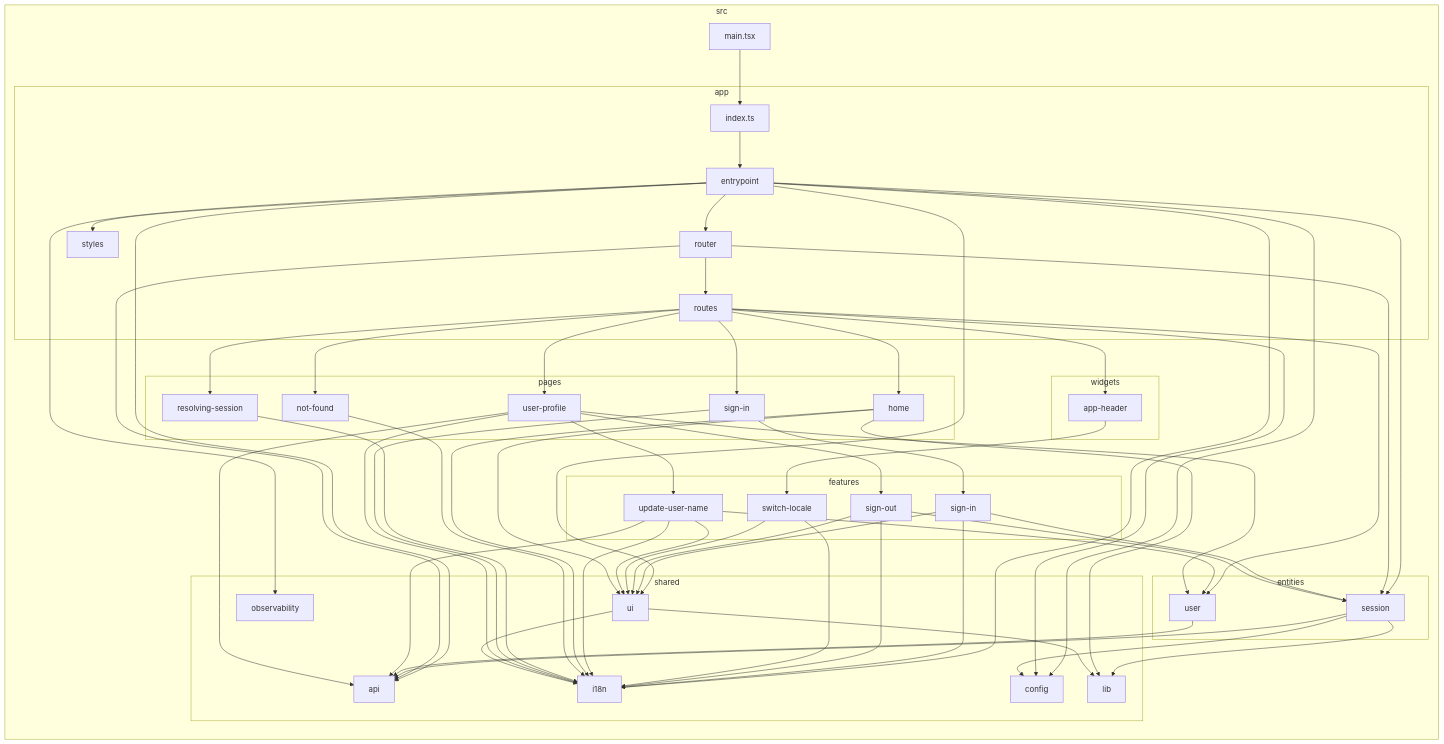
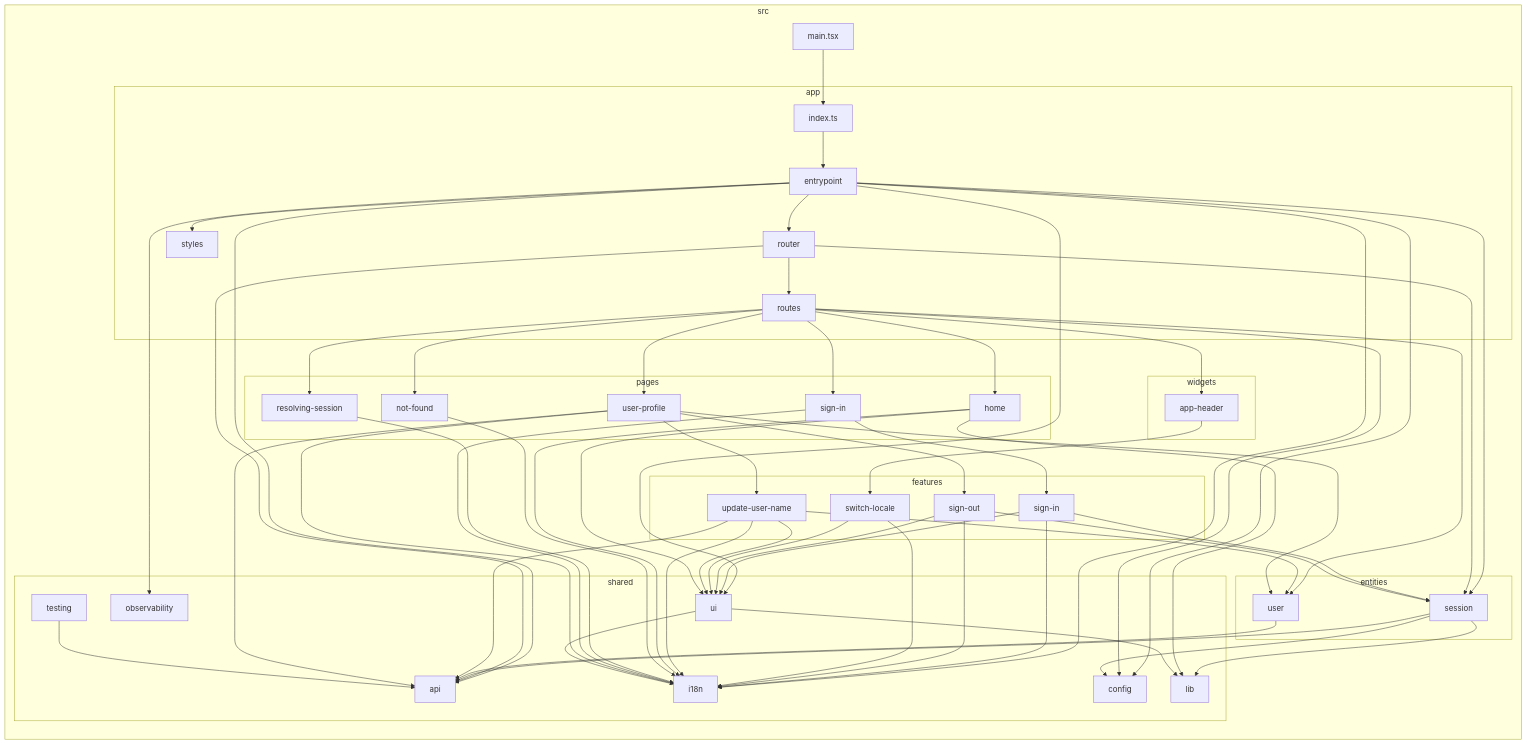
The diagram in docs/architecture-graph.md (khusenov/frontend-boilerplate), drawn with Mermaid before and after one commit. The commit also changed 27 other files, not shown here.

````diff
--- a/docs/architecture-graph.md
+++ b/docs/architecture-graph.md
@@ -33,13 +33,14 @@
 P["i18n"]
 Q["lib"]
 R["observability"]
-S["ui"]
+S["testing"]
+T["ui"]
 end
-subgraph T["widgets"]
-U["app-header"]
+subgraph U["widgets"]
+V["app-header"]
 end
 end
-2-->S
+2-->T
 2-->R
 2-->8
 2-->N
@@ -53,7 +54,7 @@
 4-->5
 5-->I
 5-->O
-5-->U
+5-->V
 5-->J
 5-->9
 5-->L
@@ -65,20 +66,20 @@
 9-->N
 B-->P
 B-->8
-B-->S
+B-->T
 C-->8
 C-->P
-C-->S
+C-->T
 D-->P
-D-->S
+D-->T
 E-->9
 E-->N
 E-->P
-E-->S
+E-->T
 F-->3
 H-->P
 H-->Q
-H-->S
+H-->T
 I-->P
 J-->P
 K-->B
@@ -88,7 +89,8 @@
 L-->P
 L-->9
 L-->N
-S-->Q
-S-->P
-U-->D
+S-->N
+T-->Q
+T-->P
+V-->D
 ```
````
